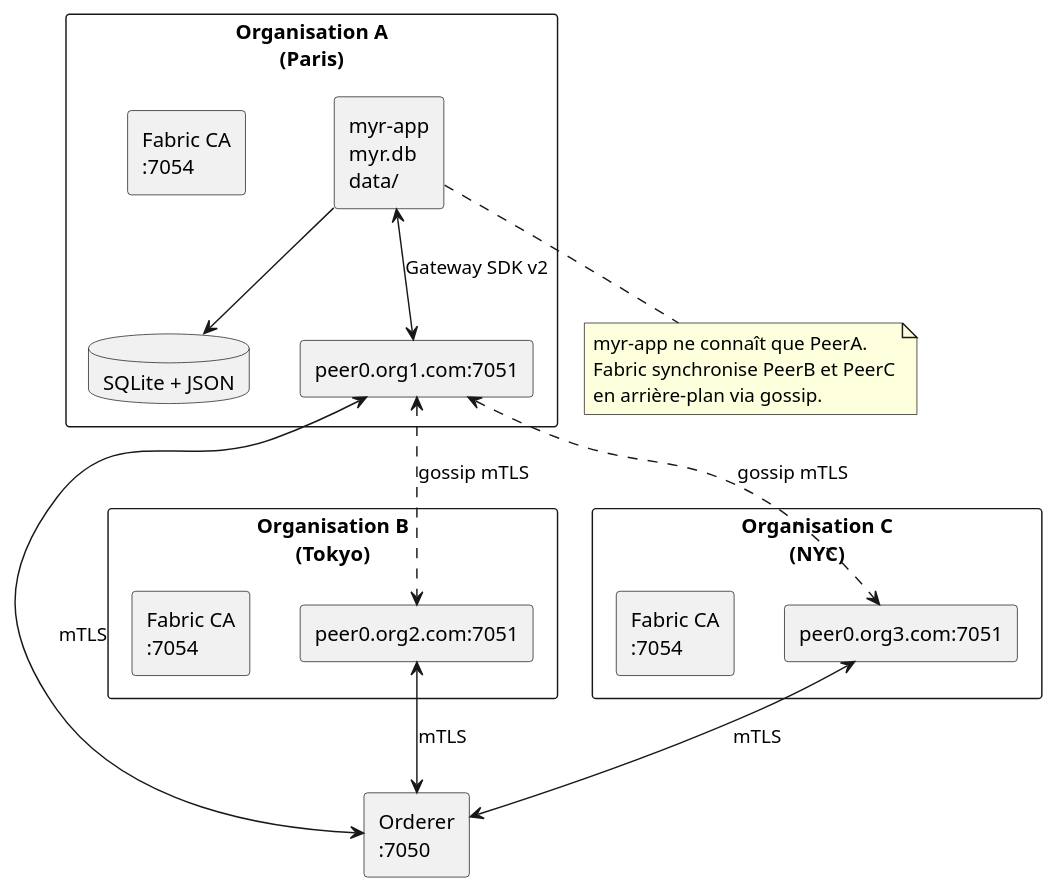
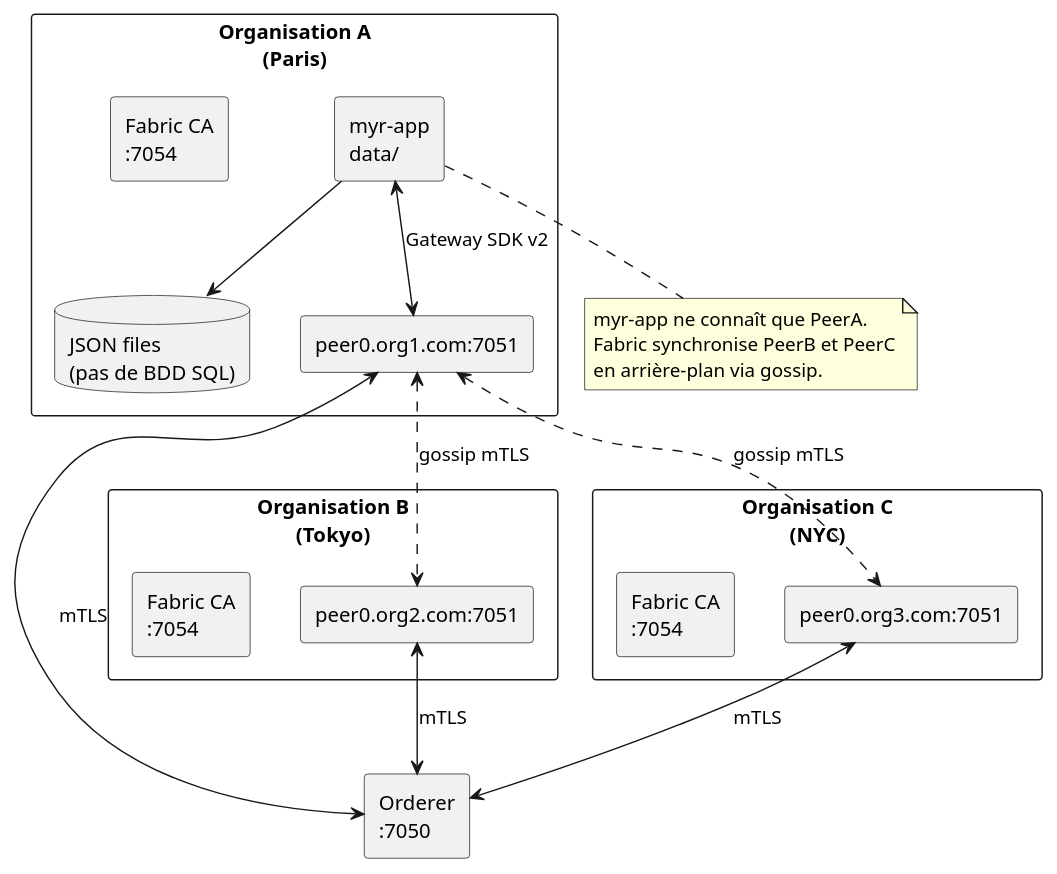
One commit to olivaux/myr changed the first of 3 diagrams in specs/3-Conception/Deploiement.md. Above: the diagram before and after it, drawn with PlantUML. The commit also changed other lines of this file and 17 other files, not shown here.

````diff
--- a/specs/3-Conception/Deploiement.md
+++ b/specs/3-Conception/Deploiement.md
@@ -11,38 +13,38 @@
 ```plantuml
 @startuml
 skinparam componentStyle rectangle
 
 rectangle "Organisation A\n(Paris)" {
-  [myr-app\nmyr.db\ndata/] as AppA
-  database "SQLite + JSON" as DBA
+  [myr-app\ndata/] as AppA
+  database "JSON files\n(pas de BDD SQL)" as DBA
   [peer0.org1.com:7051] as PeerA
   [Fabric CA\n:7054] as CAA
   AppA --> DBA
   AppA <--> PeerA : Gateway SDK v2
 }
 
 rectangle "Organisation B\n(Tokyo)" {
   [peer0.org2.com:7051] as PeerB
   [Fabric CA\n:7054] as CAB
 }
 
 rectangle "Organisation C\n(NYC)" {
   [peer0.org3.com:7051] as PeerC
   [Fabric CA\n:7054] as CAC
 }
 
 [Orderer\n:7050] as ORD
 
 PeerA <--> ORD : mTLS
 PeerB <--> ORD : mTLS
 PeerC <--> ORD : mTLS
 PeerA <..> PeerB : gossip mTLS
 PeerA <..> PeerC : gossip mTLS
 
 note bottom of AppA
   myr-app ne connaît que PeerA.
   Fabric synchronise PeerB et PeerC
   en arrière-plan via gossip.
 end note
 @enduml
 ```
````
